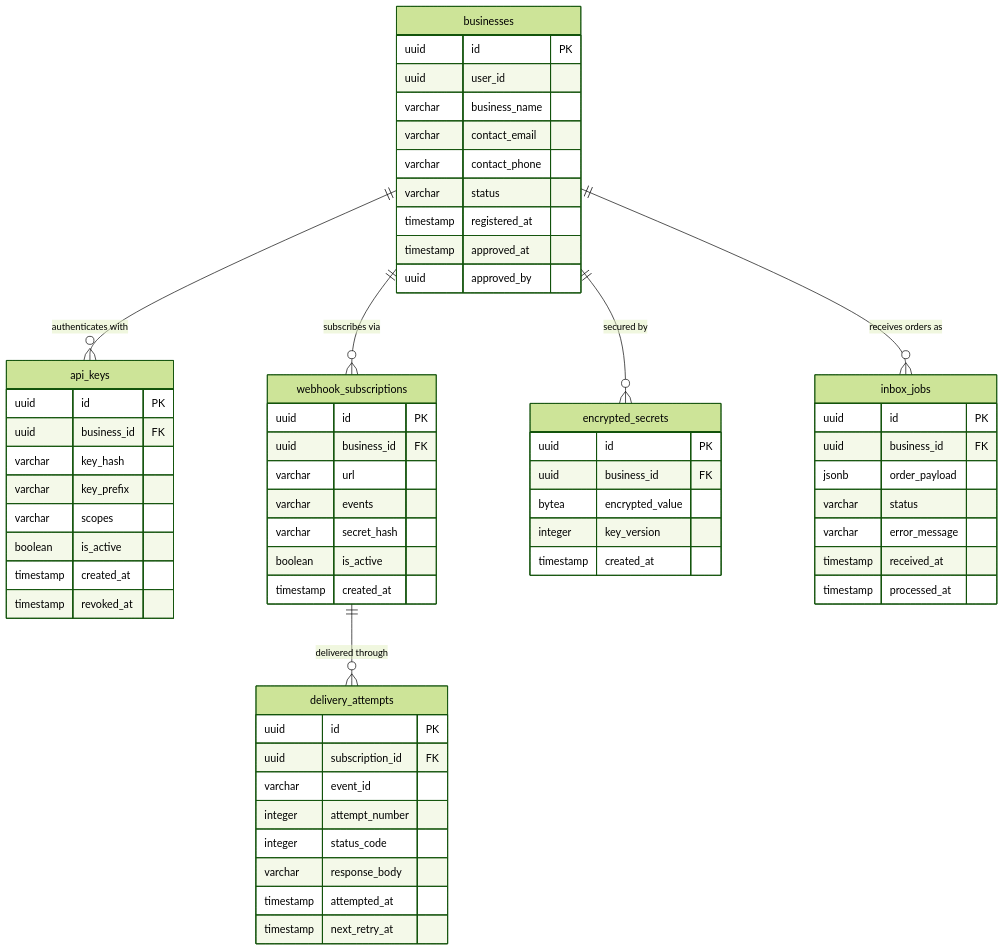
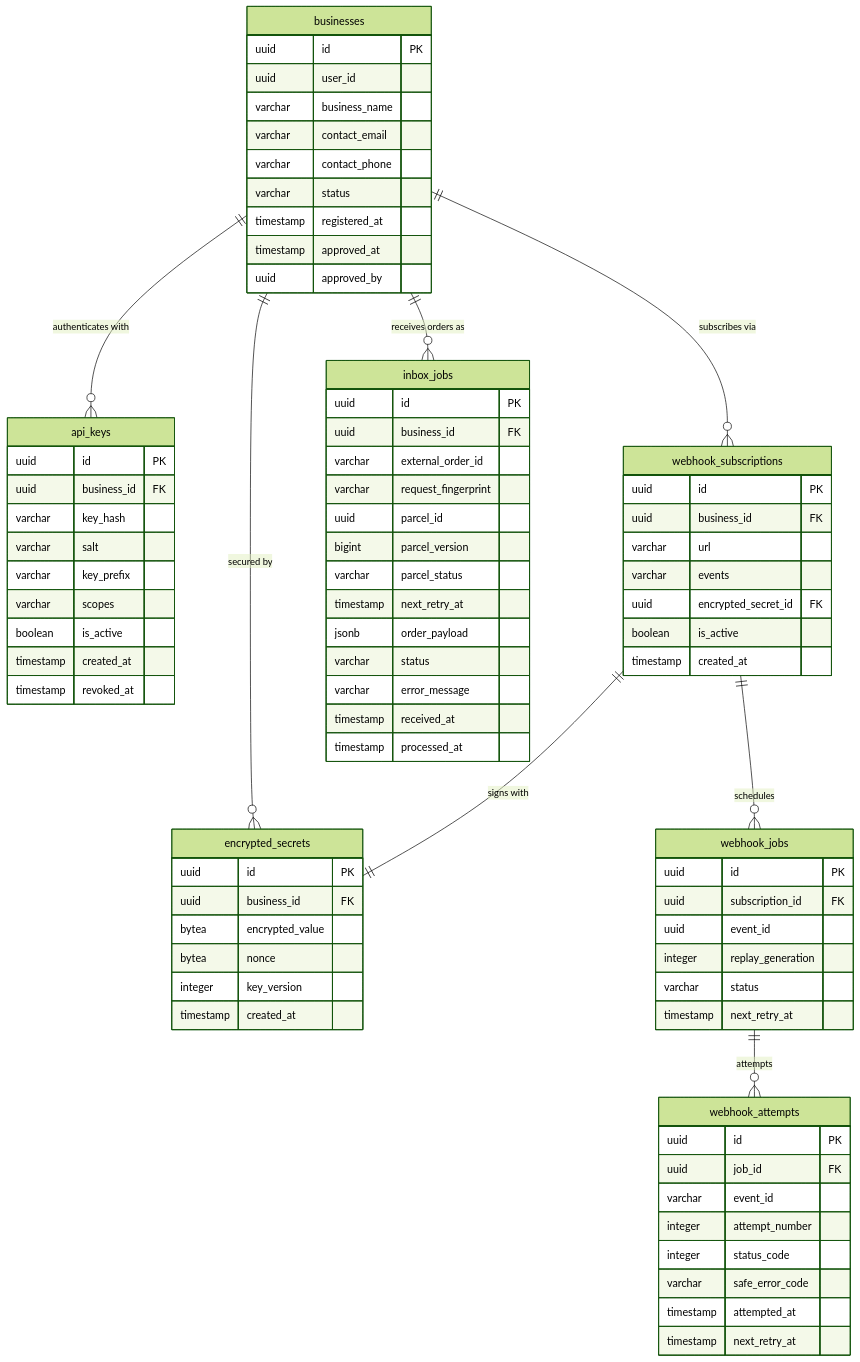
One commit to SwiftDrop-Group09/swiftdrop-docs changed the fourth of 7 diagrams in design/diagrams/er/README.md. Above: the diagram before and after it, drawn with Mermaid (forest theme). The commit also changed other lines of this file and 56 other files, not shown here.

Commit message:
docs: revise and export required workflow diagrams

````diff
--- a/design/diagrams/er/README.md
+++ b/design/diagrams/er/README.md
@@ -229,6 +258,7 @@
         uuid id PK
         uuid business_id FK
         varchar key_hash
+        varchar salt
         varchar key_prefix
         varchar scopes
         boolean is_active
@@ -241,7 +271,7 @@
         uuid business_id FK
         varchar url
         varchar events
-        varchar secret_hash
+        uuid encrypted_secret_id FK
         boolean is_active
         timestamp created_at
     }
@@ -250,6 +280,7 @@
         uuid id PK
         uuid business_id FK
         bytea encrypted_value
+        bytea nonce
         integer key_version
         timestamp created_at
     }
@@ -257,6 +288,12 @@
     inbox_jobs {
         uuid id PK
         uuid business_id FK
+        varchar external_order_id
+        varchar request_fingerprint
+        uuid parcel_id
+        bigint parcel_version
+        varchar parcel_status
+        timestamp next_retry_at
         jsonb order_payload
         varchar status
         varchar error_message
@@ -264,13 +301,13 @@
         timestamp processed_at
     }
 
-    delivery_attempts {
+    webhook_attempts {
         uuid id PK
-        uuid subscription_id FK
+        uuid job_id FK
         varchar event_id
         integer attempt_number
         integer status_code
-        varchar response_body
+        varchar safe_error_code
         timestamp attempted_at
         timestamp next_retry_at
     }
@@ -279,5 +316,15 @@
     businesses ||--o{ webhook_subscriptions : "subscribes via"
     businesses ||--o{ encrypted_secrets : "secured by"
     businesses ||--o{ inbox_jobs : "receives orders as"
-    webhook_subscriptions ||--o{ delivery_attempts : "delivered through"
+    webhook_subscriptions ||--|| encrypted_secrets : "signs with"
+    webhook_subscriptions ||--o{ webhook_jobs : "schedules"
+    webhook_jobs ||--o{ webhook_attempts : "attempts"
+    webhook_jobs {
+        uuid id PK
+        uuid subscription_id FK
+        uuid event_id
+        integer replay_generation
+        varchar status
+        timestamp next_retry_at
+    }
 ```
````
